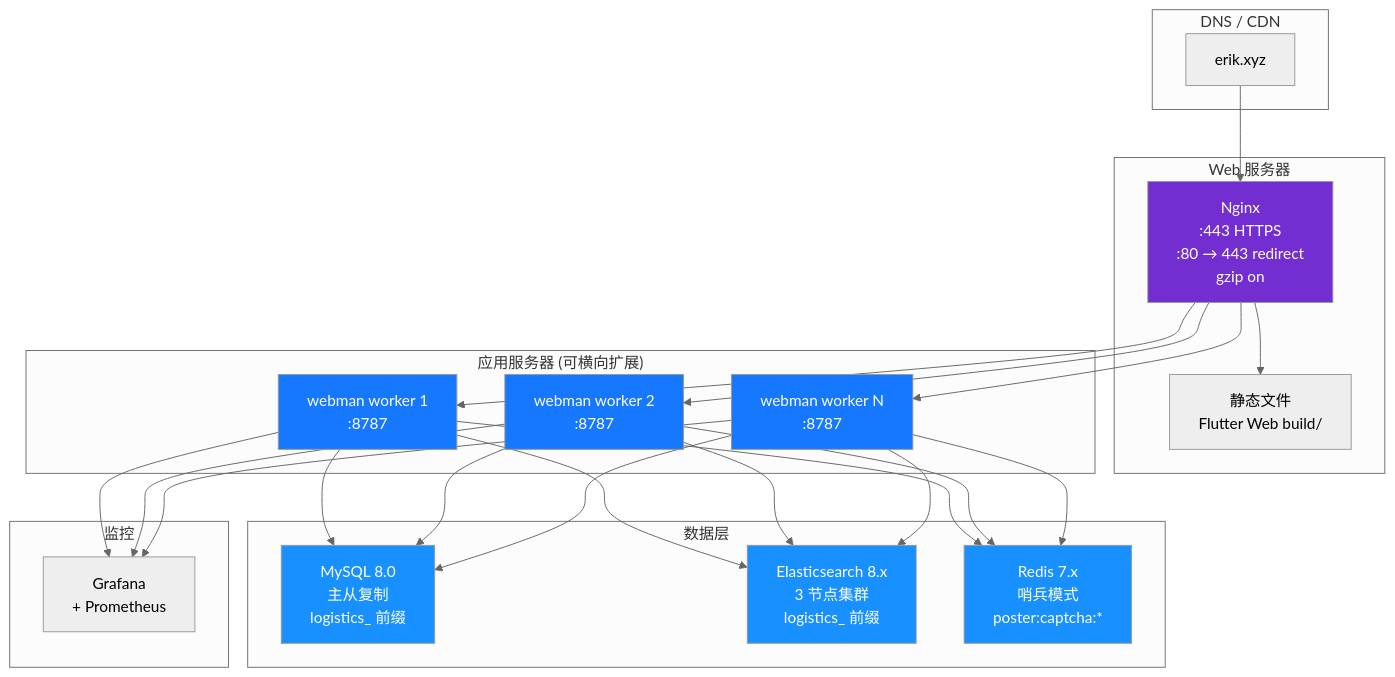
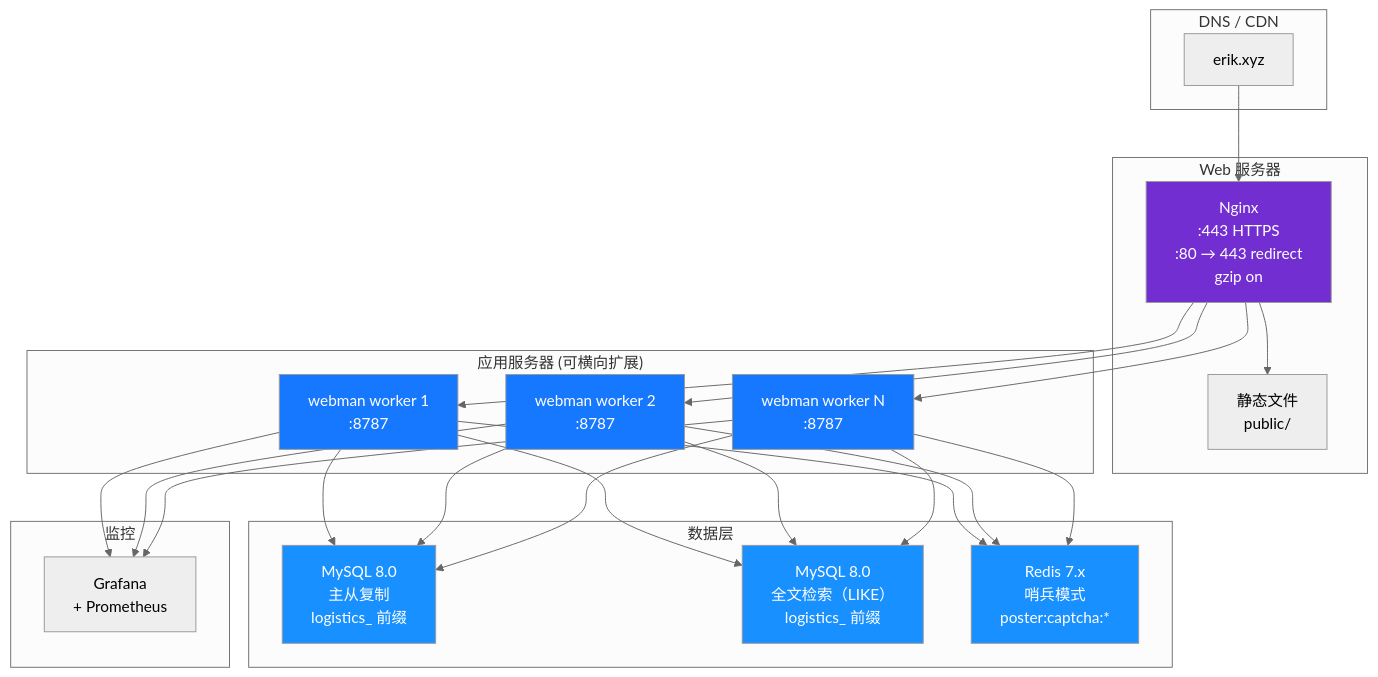
Diagram 12 of 12 in admin/docs/ARCHITECTURE.md (erikwang2013/integrated-global-logistics), drawn with Mermaid (neutral theme) before and after one commit. The commit also changed other lines of this file and 361 other files, not shown here.

Commit message:
文档：仅保留中英文 README，清理已移除功能与过时图片

````diff
--- a/admin/docs/ARCHITECTURE.md
+++ b/admin/docs/ARCHITECTURE.md
@@ -646,43 +599,43 @@
 ```mermaid
 flowchart TB
     subgraph "DNS / CDN"
         DNS["erik.xyz"]
     end
 
     subgraph "Web 服务器"
         NGX["Nginx<br/>:443 HTTPS<br/>:80 → 443 redirect<br/>gzip on"]
-        STA["静态文件<br/>Flutter Web build/"]
+        STA["静态文件<br/>public/"]
     end
 
     subgraph "应用服务器 (可横向扩展)"
         WM1["webman worker 1<br/>:8787"]
         WM2["webman worker 2<br/>:8787"]
         WM3["webman worker N<br/>:8787"]
     end
 
     subgraph "数据层"
         MYSQL["MySQL 8.0<br/>主从复制<br/>logistics_ 前缀"]
-        ES["Elasticsearch 8.x<br/>3 节点集群<br/>logistics_ 前缀"]
+        ES["MySQL 8.0<br/>全文检索（LIKE）<br/>logistics_ 前缀"]
         REDIS["Redis 7.x<br/>哨兵模式<br/>poster:captcha:*"]
     end
 
     subgraph "监控"
         MON["Grafana<br/>+ Prometheus"]
     end
 
     DNS --> NGX
     NGX --> STA
     NGX --> WM1 & WM2 & WM3
     WM1 & WM2 & WM3 --> MYSQL
     WM1 & WM2 & WM3 --> ES
     WM1 & WM2 & WM3 --> REDIS
     WM1 & WM2 & WM3 --> MON
 
     style NGX fill:#722ED1,color:#fff
     style WM1 fill:#1677FF,color:#fff
     style WM2 fill:#1677FF,color:#fff
     style WM3 fill:#1677FF,color:#fff
     style MYSQL fill:#1890FF,color:#fff
     style ES fill:#1890FF,color:#fff
     style REDIS fill:#1890FF,color:#fff
 ```
````
